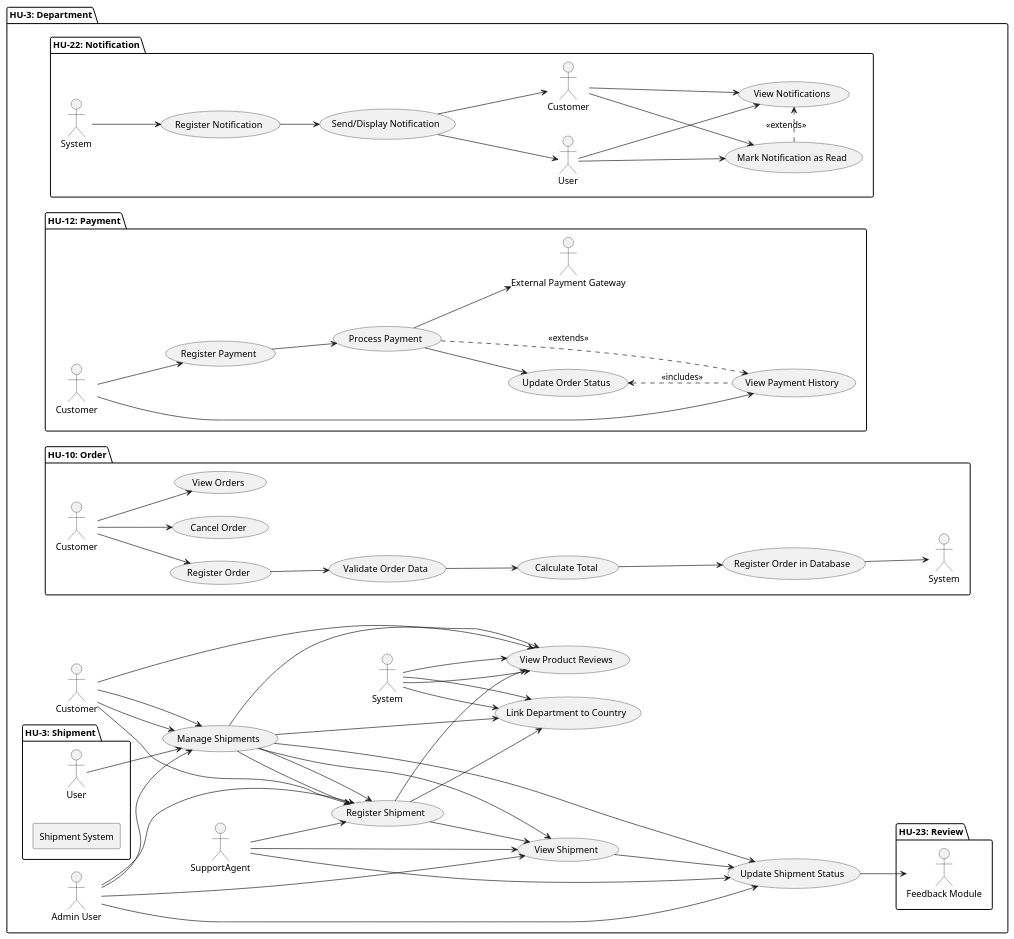
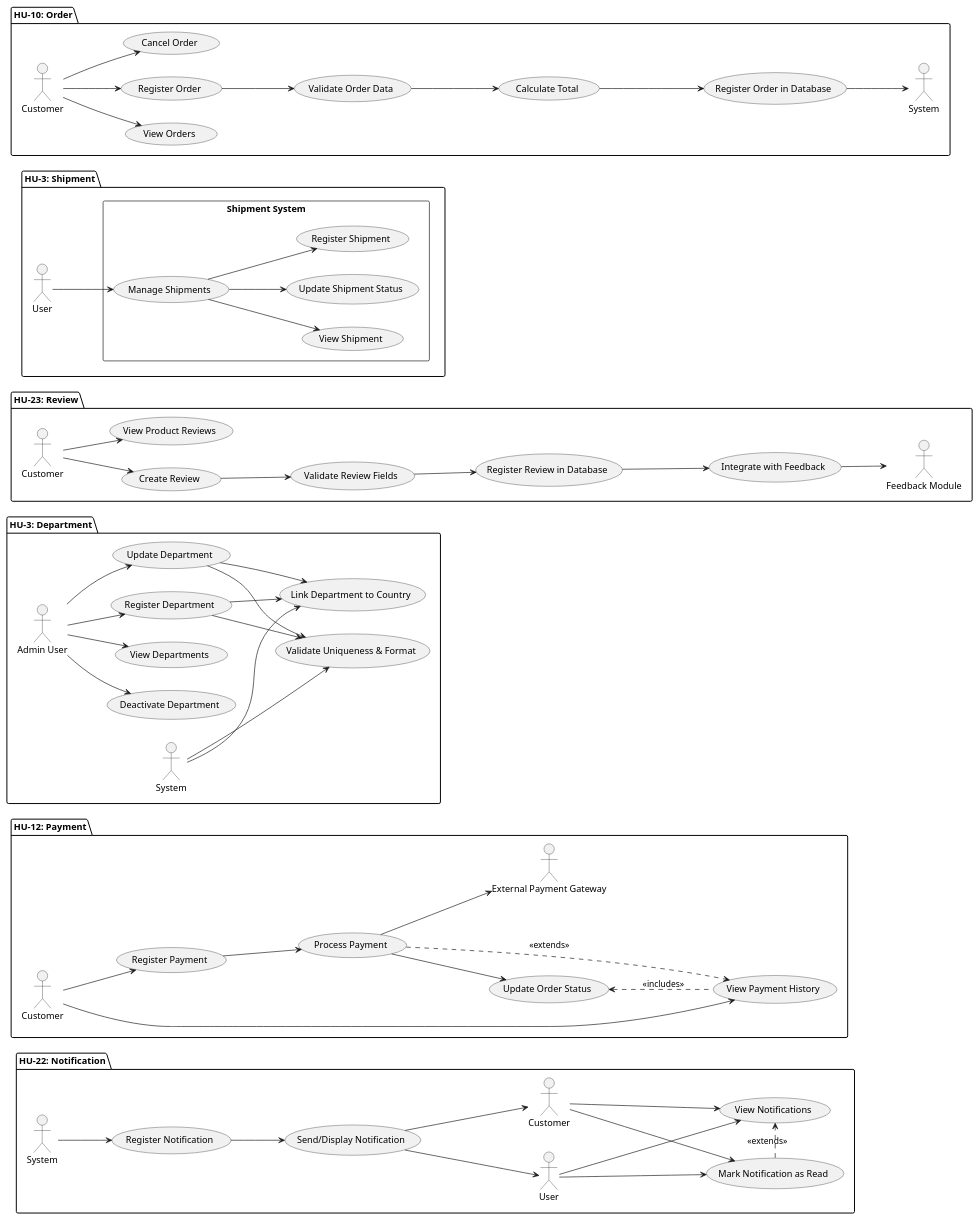
Before and after one commit to code-sena/laboratory-2899747: the diagram in document/architecture/usecase.wsd, drawn with PlantUML.

Commit message:
fix: Resolve merge conflicts and organize diagram structure

```diff
--- a/document/architecture/usecase.wsd
+++ b/document/architecture/usecase.wsd
@@ -1,167 +1,174 @@
 @startuml
-  left to right direction
-package "HU-3: Department" {
-actor Customer
-actor SupportAgent
-
-usecase "Register Support Ticket" as UC1
-usecase "View Support Ticket" as UC2
-usecase "Update Support Ticket" as UC3
-usecase "Close Support Ticket" as UC4
-
-Customer --> UC1
-Customer --> UC2
-SupportAgent --> UC2
-SupportAgent --> UC3
-SupportAgent --> UC4
 left to right direction
 
+' =========================================================================
+' PAQUETE: HU-3: Department (Departamento)
+' =========================================================================
 package "HU-3: Department" {
 
-  'Actors
-  actor "Admin User" as Admin
-  actor "System" as System
+  ' Actores
+  actor "Admin User" as Admin_D
+  actor "System" as System_D
 
-  'Use Cases
-  usecase "Register Department" as UC1
-  usecase "Update Department" as UC2
-  usecase "Deactivate Department" as UC3
-  usecase "View Departments" as UC4
-  usecase "Validate Uniqueness & Format" as UC5
-  usecase "Link Department to Country" as UC6
+  ' Casos de Uso
+  usecase "Register Department" as UC1_D
+  usecase "Update Department" as UC2_D
+  usecase "Deactivate Department" as UC3_D
+  usecase "View Departments" as UC4_D
+  usecase "Validate Uniqueness & Format" as UC5_D
+  usecase "Link Department to Country" as UC6_D
 
-  'Relationships
-  Admin --> UC1
-  Admin --> UC2
-  Admin --> UC3
-  Admin --> UC4
+  ' Relaciones
+  Admin_D --> UC1_D
+  Admin_D --> UC2_D
+  Admin_D --> UC3_D
+  Admin_D --> UC4_D
 
-  UC1 --> UC5
-  UC1 --> UC6
+  UC1_D --> UC5_D
+  UC1_D --> UC6_D
 
-  UC2 --> UC5
-  UC2 --> UC6
+  UC2_D --> UC5_D
+  UC2_D --> UC6_D
 
-    System --> UC5
-    System --> UC6
-  }
-  package "HU-22: Notification" {
-  System --> UC5
-  System --> UC6
+  System_D --> UC5_D
+  System_D --> UC6_D
 }
 
+' =========================================================================
+' PAQUETE: HU-22: Notification (Notificación) - MERGED
+' =========================================================================
 package "HU-22: Notification" {
 
-  'Actors'
-  actor "System" as SystemN
-  actor "User" as UserN
-  actor "Customer" as CustomerN
+  ' Actores
+  actor "System" as System_N
+  actor "User" as User_N
+  actor "Customer" as Customer_N
 
-  'Use Cases'
+  ' Casos de Uso
   usecase "Register Notification" as UCN1
   usecase "Send/Display Notification" as UCN2
   usecase "Mark Notification as Read" as UCN3
   usecase "View Notifications" as UCN4
 
-  'Relationships'
-  SystemN --> UCN1
+  ' Relaciones
+  System_N --> UCN1
   UCN1 --> UCN2
-  UCN2 --> UserN
-  UCN2 --> CustomerN
+  UCN2 --> User_N
+  UCN2 --> Customer_N
 
-  UserN --> UCN3
-  CustomerN --> UCN3
+  User_N --> UCN3
+  Customer_N --> UCN3
 
-  UserN --> UCN4
-  CustomerN --> UCN4
+  User_N --> UCN4
+  Customer_N --> UCN4
 
   UCN3 .> UCN4 : <<extends>>
 }
 
+' =========================================================================
+' PAQUETE: HU-12: Payment (Pago)
+' =========================================================================
 package "HU-12: Payment" {
 
-  'Actors'
-  actor "Customer" as CustomerP
-  actor "External Payment Gateway" as PaymentGatewayP
+  ' Actores
+  actor "Customer" as Customer_P
+  actor "External Payment Gateway" as PaymentGateway_P
 
-  'Use Cases'
+  ' Casos de Uso
   usecase "Register Payment" as UCP1
   usecase "Process Payment" as UCP2
   usecase "Update Order Status" as UCP3
   usecase "View Payment History" as UCP4
 
-  'Relationships'
-  CustomerP --> UCP1
-  CustomerP --> UCP4
+  ' Relaciones
+  Customer_P --> UCP1
+  Customer_P --> UCP4
 
   UCP1 --> UCP2
-  UCP2 --> PaymentGatewayP
+  UCP2 --> PaymentGateway_P
   UCP2 .> UCP4 : <<extends>>
   UCP3 <.. UCP4 : <<includes>>
 
   UCP2 --> UCP3
 }
 
+' =========================================================================
+' PAQUETE: HU-23: Review (Revisión)
+' =========================================================================
 package "HU-23: Review" {
 
-  'Actors'
-  actor "Customer" as Customer
-  actor "Feedback Module" as FeedbackModule
+  ' Actores
+  actor "Customer" as Customer_R
+  actor "Feedback Module" as FeedbackModule_R
 
-  'Use Cases'
-  usecase "Create Review" as UC1
-  usecase "Validate Review Fields" as UC2
-  usecase "Register Review in Database" as UC3
-  usecase "Integrate with Feedback" as UC4
-  usecase "View Product Reviews" as UC5
+  ' Casos de Uso
+  usecase "Create Review" as UC1_R
+  usecase "Validate Review Fields" as UC2_R
+  usecase "Register Review in Database" as UC3_R
+  usecase "Integrate with Feedback" as UC4_R
+  usecase "View Product Reviews" as UC5_R
 
-  'Relationships'
-  Customer --> UC1
-  UC1 --> UC2
-  UC2 --> UC3
-  UC3 --> UC4
-  UC4 --> FeedbackModule
-  Customer --> UC5
+  ' Relaciones
+  Customer_R --> UC1_R
+  UC1_R --> UC2_R
+  UC2_R --> UC3_R
+  UC3_R --> UC4_R
+  UC4_R --> FeedbackModule_R
+  Customer_R --> UC5_R
 }
 
+' =========================================================================
+' PAQUETE: HU-3: Shipment (Envío)
+' =========================================================================
 package "HU-3: Shipment" {
-  actor User as user
+  actor "User" as User_S
 
   rectangle "Shipment System" {
-    usecase "Manage Shipments" as UC1
-    usecase "Register Shipment" as UC2
-    usecase "View Shipment" as UC3
-    usecase "Update Shipment Status" as UC4
+    usecase "Manage Shipments" as UC1_S
+    usecase "Register Shipment" as UC2_S
+    usecase "View Shipment" as UC3_S
+    usecase "Update Shipment Status" as UC4_S
   }
 
-  user --> UC1
-  UC1 --> UC2
-  UC1 --> UC3
-  UC1 --> UC4
+  User_S --> UC1_S
+  UC1_S --> UC2_S
+  UC1_S --> UC3_S
+  UC1_S --> UC4_S
 }
 
-   package "HU-10: Order" {
+' =========================================================================
+' PAQUETE: HU-10: Order (Pedido)
+' =========================================================================
+package "HU-10: Order" {
 
-    'Actors'
-    actor "Customer" as CustomerO
-    actor "System" as SystemO
+  ' Actores
+  actor "Customer" as Customer_O
+  actor "System" as System_O
 
-    'Use Cases'
-    usecase "Register Order" as UCO1
-    usecase "Validate Order Data" as UCO2
-    usecase "Calculate Total" as UCO3
-    usecase "Register Order in Database" as UCO4
-    usecase "Cancel Order" as UCO5
-    usecase "View Orders" as UCO6
+  ' Casos de Uso
+  usecase "Register Order" as UCO1
+  usecase "Validate Order Data" as UCO2
+  usecase "Calculate Total" as UCO3
+  usecase "Register Order in Database" as UCO4
+  usecase "Cancel Order" as UCO5
+  usecase "View Orders" as UCO6
 
-    'Relationships'
-    CustomerO --> UCO1
-    CustomerO --> UCO5
-    CustomerO --> UCO6
+  ' Relaciones
+  Customer_O --> UCO1
+  Customer_O --> UCO5
+  Customer_O --> UCO6
 
-    UCO1 --> UCO2
-    UCO2 --> UCO3
-    UCO3 --> UCO4
-    UCO4 --> SystemO
-  }
+  UCO1 --> UCO2
+  UCO2 --> UCO3
+  UCO3 --> UCO4
+  UCO4 --> System_O
+}
+
+' =========================================================================
+' RELACIONES ENTRE PAQUETES (si las hay, se pueden añadir aquí)
+' =========================================================================
+' Ejemplo de relación entre paquetes (si fuera necesaria):
+' System_D --> System_N : "Generates Notifications"
+' UCO4 --> UCP1 : "Triggers Payment Registration"
+
 @enduml
```
